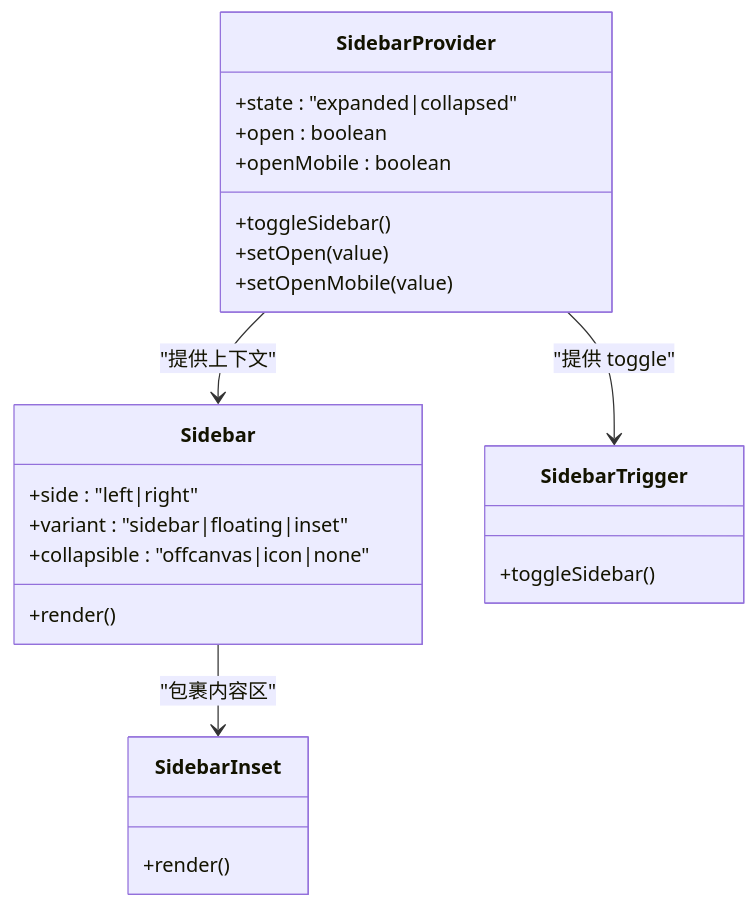
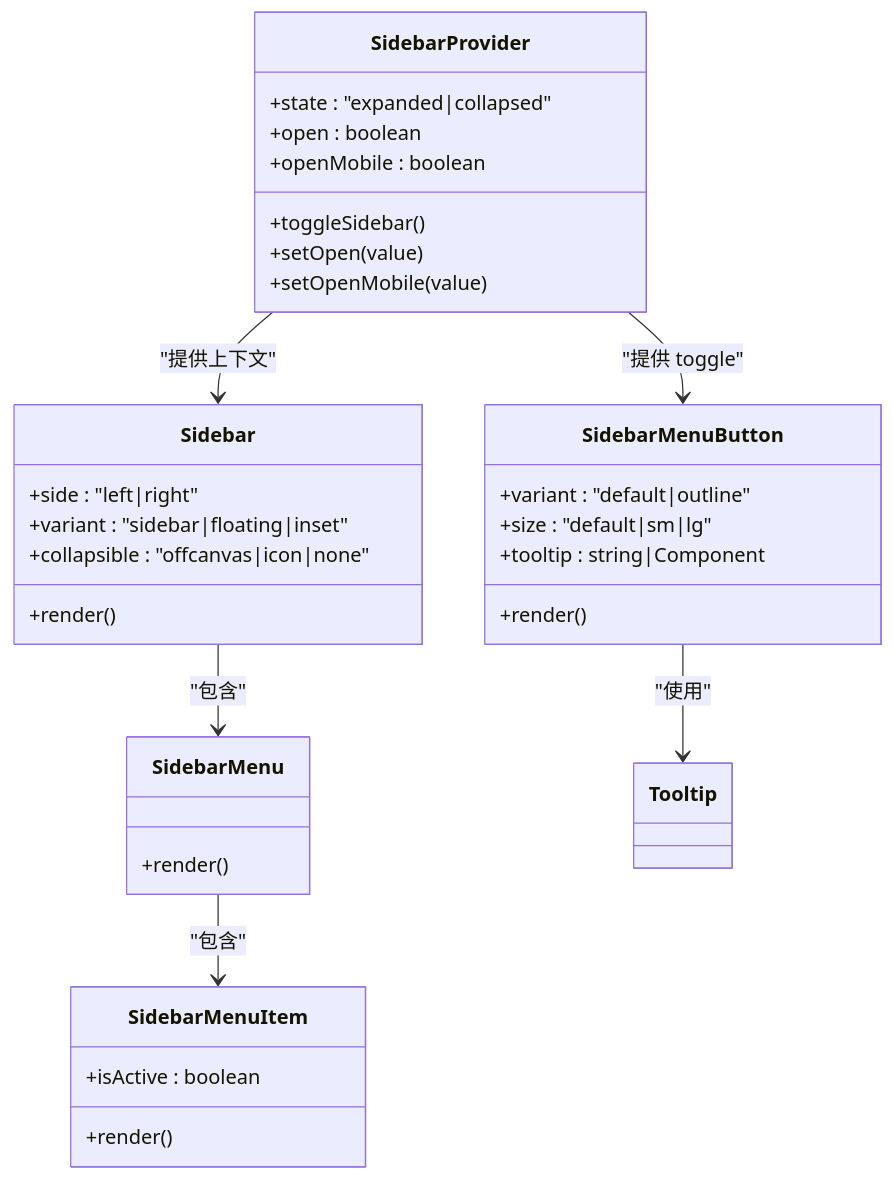
One commit to hipig/autoOps changed the fifth of 6 diagrams in .qoder/repowiki/zh/content/前端应用/布局系统.md. Above: the diagram before and after it, drawn with Mermaid. The commit also changed other lines of this file and 37 other files, not shown here.

````diff
--- a/.qoder/repowiki/zh/content/前端应用/布局系统.md
+++ b/.qoder/repowiki/zh/content/前端应用/布局系统.md
@@ -223,26 +249,35 @@
 ```mermaid
 classDiagram
 class SidebarProvider {
 +state : "expanded|collapsed"
 +open : boolean
 +openMobile : boolean
 +toggleSidebar()
 +setOpen(value)
 +setOpenMobile(value)
 }
 class Sidebar {
 +side : "left|right"
 +variant : "sidebar|floating|inset"
 +collapsible : "offcanvas|icon|none"
 +render()
 }
-class SidebarTrigger {
-+toggleSidebar()
+class SidebarMenuButton {
++variant : "default|outline"
++size : "default|sm|lg"
++tooltip : string|Component
++render()
 }
-class SidebarInset {
+class SidebarMenu {
++render()
+}
+class SidebarMenuItem {
++isActive : boolean
 +render()
 }
 SidebarProvider --> Sidebar : "提供上下文"
-SidebarProvider --> SidebarTrigger : "提供 toggle"
-Sidebar --> SidebarInset : "包裹内容区"
+SidebarProvider --> SidebarMenuButton : "提供 toggle"
+Sidebar --> SidebarMenu : "包含"
+SidebarMenu --> SidebarMenuItem : "包含"
+SidebarMenuButton --> Tooltip : "使用"
 ```
````
